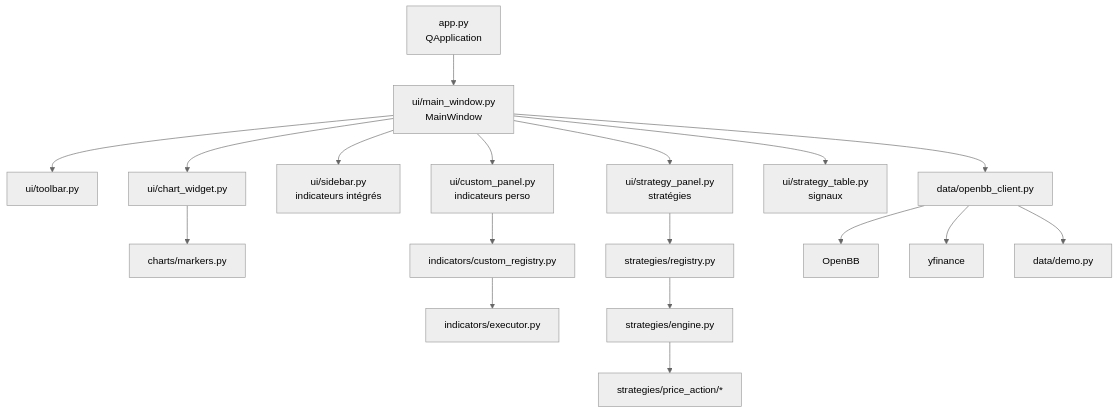
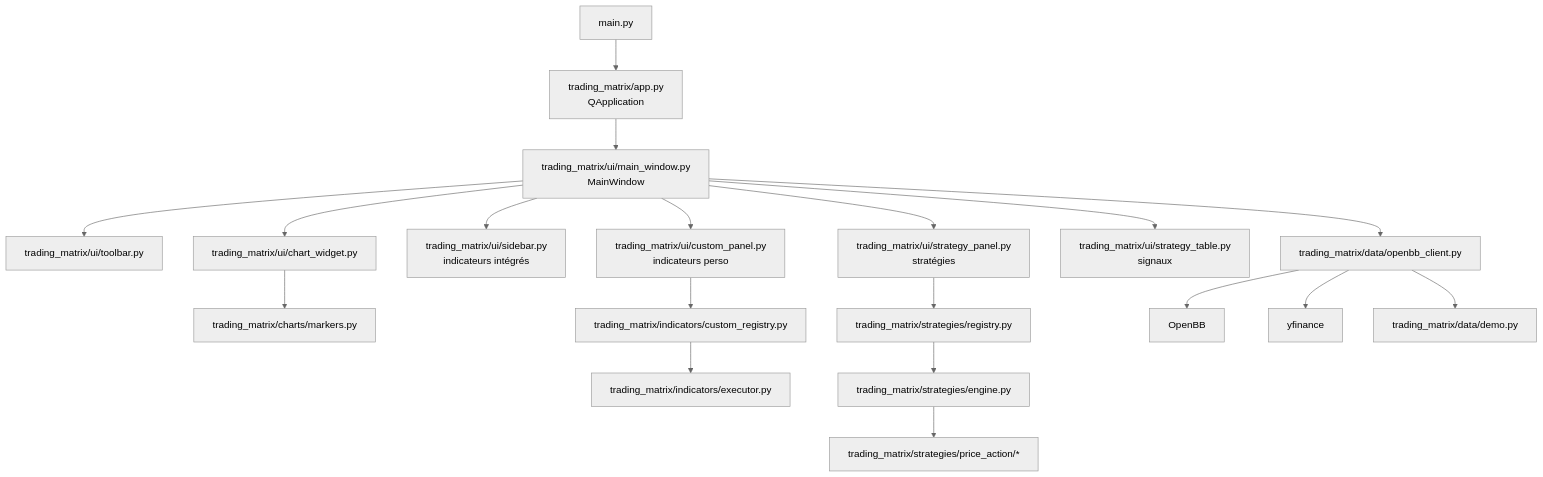
The diagram in doc/architecture.md (nazimboudeffa/trading-matrix), drawn with Mermaid (neutral theme) before and after one commit. The commit also changed other lines of this file and 36 other files, not shown here.

````diff
--- a/doc/architecture.md
+++ b/doc/architecture.md
@@ -5,21 +5,22 @@
 ```mermaid
 graph TD
-    A[app.py<br/>QApplication] --> B[ui/main_window.py<br/>MainWindow]
-    B --> C[ui/toolbar.py]
-    B --> D[ui/chart_widget.py]
-    B --> E[ui/sidebar.py<br/>indicateurs intégrés]
-    B --> F[ui/custom_panel.py<br/>indicateurs perso]
-    B --> G[ui/strategy_panel.py<br/>stratégies]
-    B --> H[ui/strategy_table.py<br/>signaux]
+    A[main.py] --> B[trading_matrix/app.py<br/>QApplication]
+    B --> C[trading_matrix/ui/main_window.py<br/>MainWindow]
+    C --> D[trading_matrix/ui/toolbar.py]
+    C --> E[trading_matrix/ui/chart_widget.py]
+    C --> F[trading_matrix/ui/sidebar.py<br/>indicateurs intégrés]
+    C --> G[trading_matrix/ui/custom_panel.py<br/>indicateurs perso]
+    C --> H[trading_matrix/ui/strategy_panel.py<br/>stratégies]
+    C --> I[trading_matrix/ui/strategy_table.py<br/>signaux]
 
-    D --> I[charts/markers.py]
-    F --> J[indicators/custom_registry.py]
-    J --> K[indicators/executor.py]
-    G --> L[strategies/registry.py]
-    L --> M[strategies/engine.py]
-    M --> N[strategies/price_action/*]
-    B --> O[data/openbb_client.py]
-    O --> P[OpenBB]
-    O --> Q[yfinance]
-    O --> R[data/demo.py]
+    E --> J[trading_matrix/charts/markers.py]
+    G --> K[trading_matrix/indicators/custom_registry.py]
+    K --> L[trading_matrix/indicators/executor.py]
+    H --> M[trading_matrix/strategies/registry.py]
+    M --> N[trading_matrix/strategies/engine.py]
+    N --> O[trading_matrix/strategies/price_action/*]
+    C --> P[trading_matrix/data/openbb_client.py]
+    P --> Q[OpenBB]
+    P --> R[yfinance]
+    P --> S[trading_matrix/data/demo.py]
 ```
````
